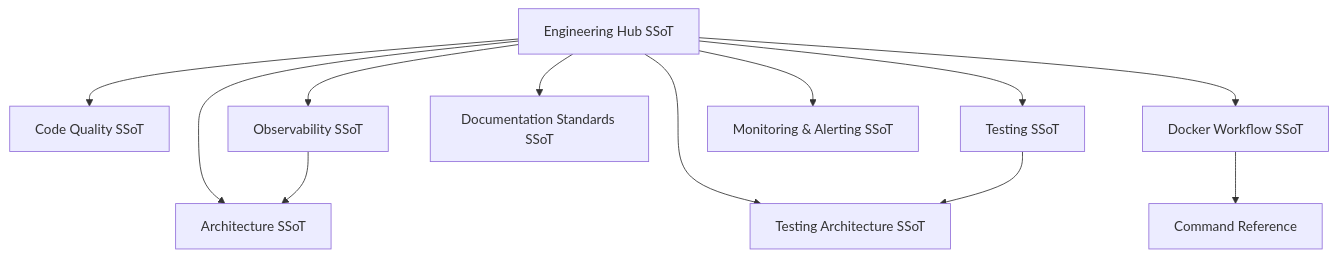
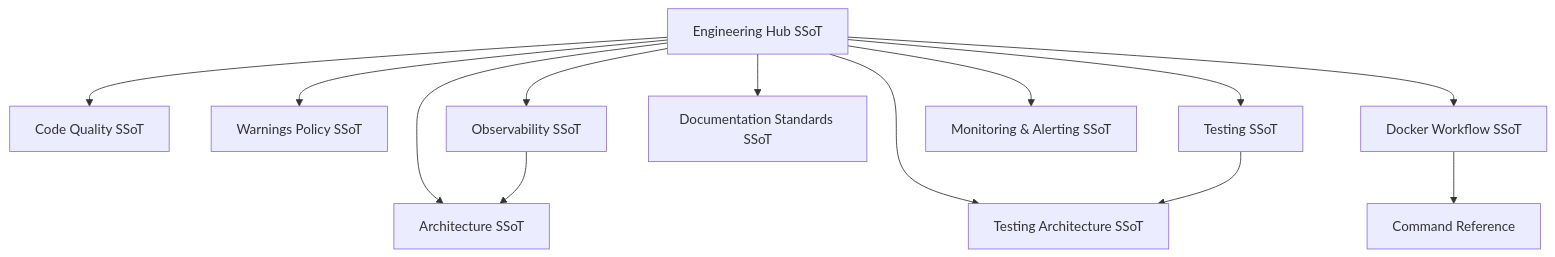
Before and after one commit to Tuee22/effectful: the diagram in documents/engineering/README.md, drawn with Mermaid. The commit also changed other lines of this file and 17 other files, not shown here.

````diff
--- a/documents/engineering/README.md
+++ b/documents/engineering/README.md
@@ -14,25 +14,27 @@
 ```mermaid
 flowchart TB
   Hub[Engineering Hub SSoT]
   Arch[Architecture SSoT]
   CodeQuality[Code Quality SSoT]
+  Warnings[Warnings Policy SSoT]
   Testing[Testing SSoT]
   TestingArch[Testing Architecture SSoT]
   Docker[Docker Workflow SSoT]
   Docs[Documentation Standards SSoT]
   Observability[Observability SSoT]
   MonAlert[Monitoring & Alerting SSoT]
 
   Hub --> Arch
   Hub --> CodeQuality
+  Hub --> Warnings
   Hub --> Testing
   Hub --> TestingArch
   Hub --> Docker
   Hub --> Docs
   Hub --> Observability
   Hub --> MonAlert
   Testing --> TestingArch
   Observability --> Arch
   CommandRef[Command Reference]
   Docker --> CommandRef
 ```
````
